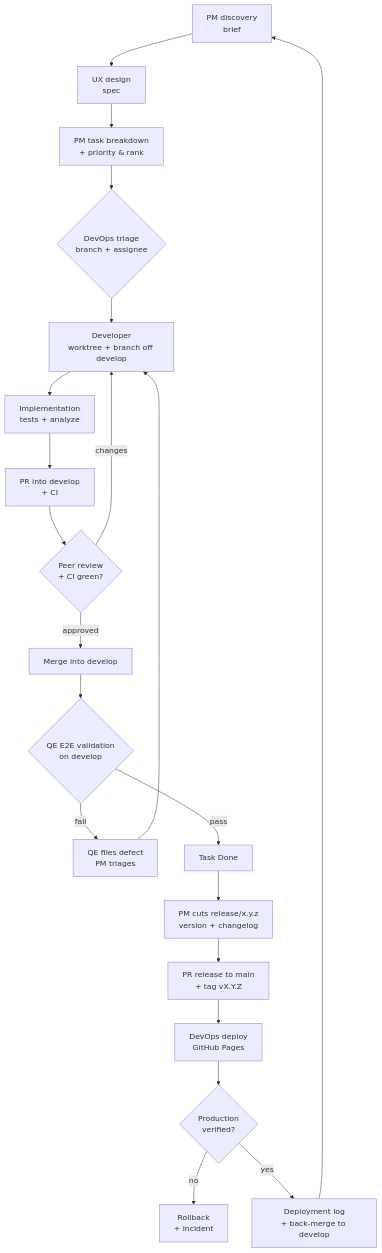
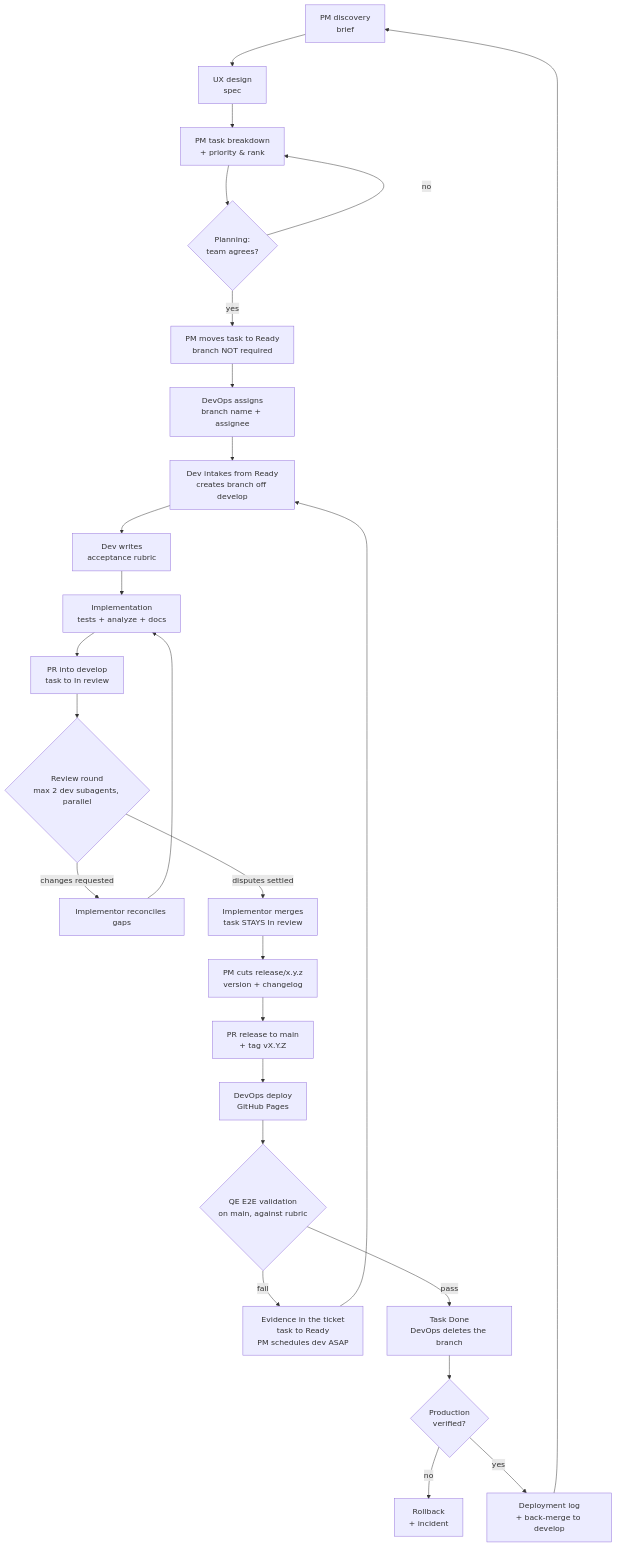
One commit to y0n1/bust_a_move_clone changed the diagram in docs/agent-team.md. Above: the diagram before and after it, drawn with Mermaid. The commit also changed other lines of this file and 18 other files, not shown here.

First line of the commit message:
docs(board): validate on main and require an acceptance rubric

````diff
--- a/docs/agent-team.md
+++ b/docs/agent-team.md
@@ -107,22 +114,28 @@
 ```mermaid
 flowchart TD
     A[PM discovery<br/>brief] --> B[UX design<br/>spec]
     B --> C[PM task breakdown<br/>+ priority & rank]
-    C --> D{DevOps triage<br/>branch + assignee}
-    D --> E[Developer<br/>worktree + branch off develop]
-    E --> F[Implementation<br/>tests + analyze]
-    F --> G[PR into develop<br/>+ CI]
-    G --> H{Peer review<br/>+ CI green?}
-    H -- changes --> E
-    H -- approved --> I[Merge into develop]
-    I --> J{QE E2E validation<br/>on develop}
-    J -- fail --> Q[QE files defect<br/>PM triages] --> E
-    J -- pass --> N[Task Done]
-    N --> O[PM cuts release/x.y.z<br/>version + changelog]
-    O --> P[PR release to main<br/>+ tag vX.Y.Z]
-    P --> R[DevOps deploy<br/>GitHub Pages]
-    R --> S{Production<br/>verified?}
-    S -- no --> T[Rollback<br/>+ incident]
-    S -- yes --> U[Deployment log<br/>+ back-merge to develop]
-    U --> A
+    C --> D{Planning:<br/>team agrees?}
+    D -- no --> C
+    D -- yes --> E[PM moves task to Ready<br/>branch NOT required]
+    E --> F[DevOps assigns<br/>branch name + assignee]
+    F --> G[Dev intakes from Ready<br/>creates branch off develop]
+    G --> H[Dev writes<br/>acceptance rubric]
+    H --> I[Implementation<br/>tests + analyze + docs]
+    I --> J[PR into develop<br/>task to In review]
+    J --> K{Review round<br/>max 2 dev subagents, parallel}
+    K -- changes requested --> L[Implementor reconciles gaps]
+    L --> I
+    K -- disputes settled --> M[Implementor merges<br/>task STAYS In review]
+    M --> N[PM cuts release/x.y.z<br/>version + changelog]
+    N --> O[PR release to main<br/>+ tag vX.Y.Z]
+    O --> P[DevOps deploy<br/>GitHub Pages]
+    P --> Q{QE E2E validation<br/>on main, against rubric}
+    Q -- fail --> R[Evidence in the ticket<br/>task to Ready<br/>PM schedules dev ASAP]
+    R --> G
+    Q -- pass --> S[Task Done<br/>DevOps deletes the branch]
+    S --> T{Production<br/>verified?}
+    T -- no --> U[Rollback<br/>+ incident]
+    T -- yes --> V[Deployment log<br/>+ back-merge to develop]
+    V --> A
 ```
````
